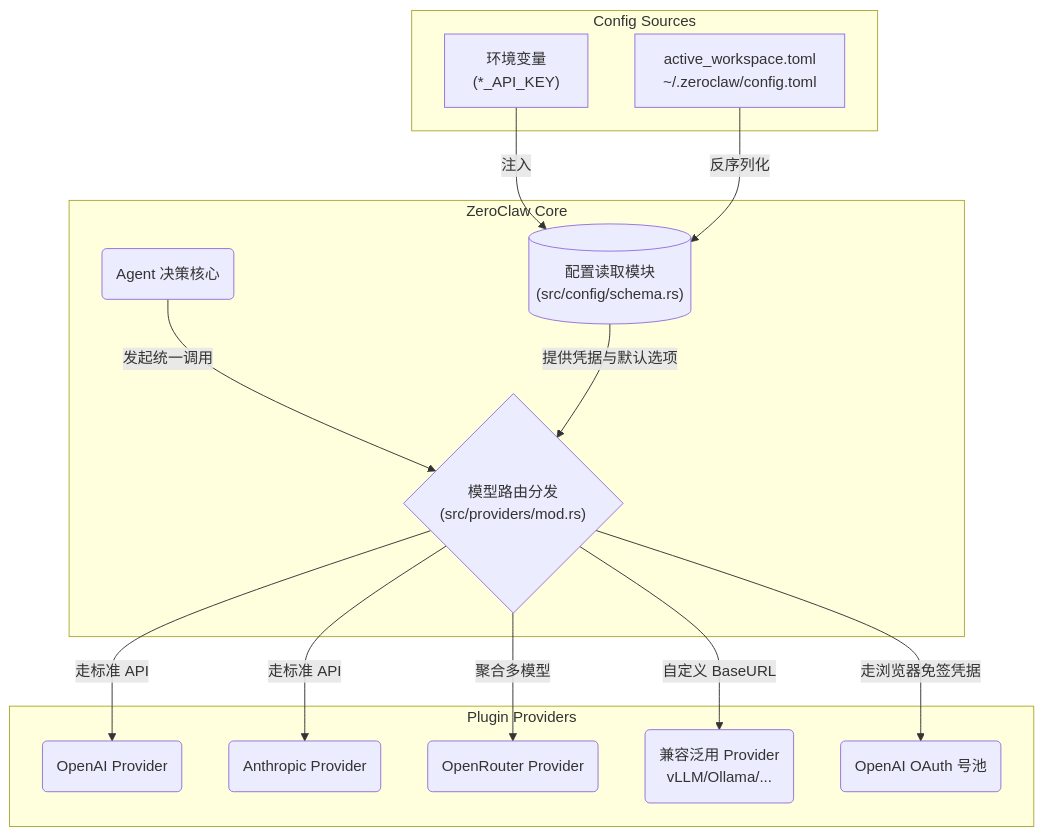
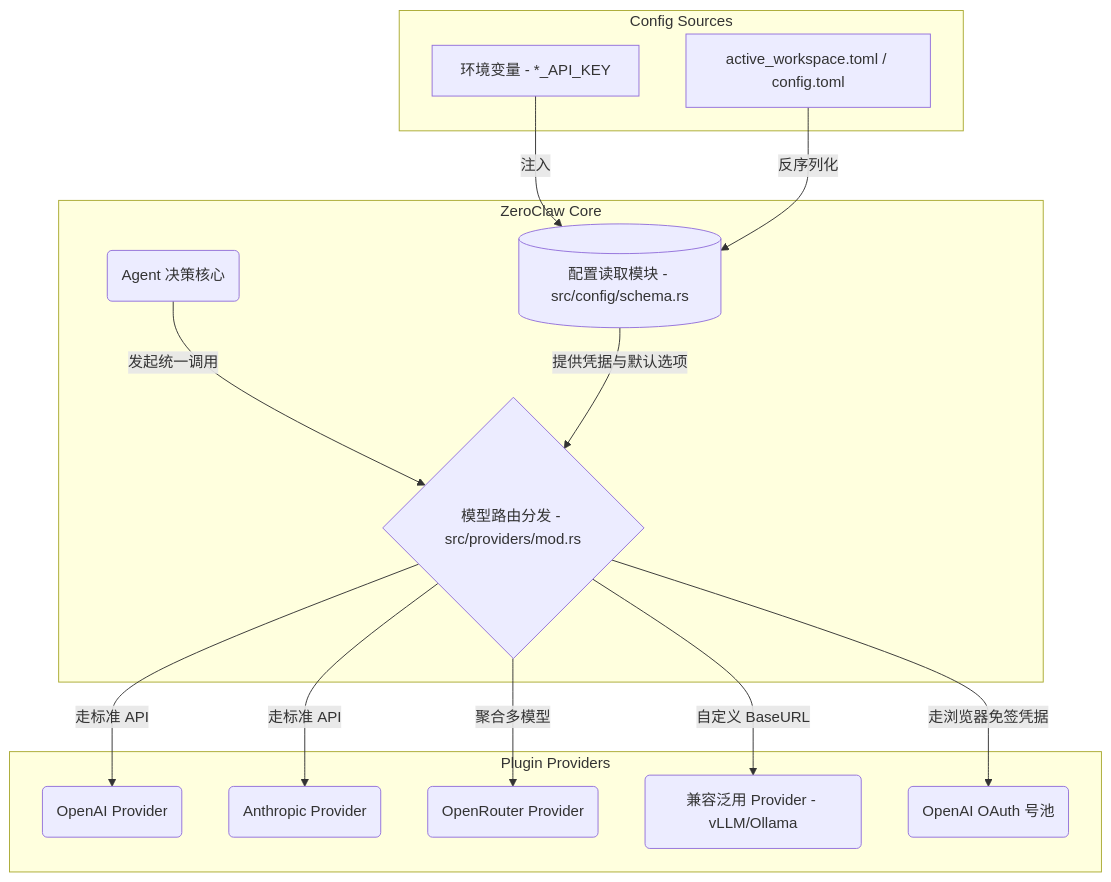
The first of 2 diagrams in src/04_llm_providers.md (fannnzhang/zeroclaw-source-book), drawn with Mermaid before and after one commit. The commit also changed other lines of this file and 5 other files, not shown here.

Commit message:
fix: correct Mermaid diagram syntax and chapter numbering in all docs

````diff
--- a/src/04_llm_providers.md
+++ b/src/04_llm_providers.md
@@ -38,33 +38,33 @@
 ```mermaid
 graph TD
-    subgraph core[ZeroClaw Core]
-        ConfigHandler[("配置读取模块<br/>(src/config/schema.rs)")]
-        ProviderRouter{"模型路由分发<br/>(src/providers/mod.rs)"}
+    subgraph core["ZeroClaw Core"]
+        ConfigHandler[("配置读取模块 - src/config/schema.rs")]
+        ProviderRouter{"模型路由分发 - src/providers/mod.rs"}
         AgentEngine("Agent 决策核心")
     end
 
-    subgraph sources[Config Sources]
-        EnvVars["环境变量<br/>(*_API_KEY)"]
-        TomlConfig["active_workspace.toml<br/>~/.zeroclaw/config.toml"]
+    subgraph sources["Config Sources"]
+        EnvVars["环境变量 - *_API_KEY"]
+        TomlConfig["active_workspace.toml / config.toml"]
     end
 
-    subgraph providers[Plugin Providers]
+    subgraph providers_group["Plugin Providers"]
         OpenAI("OpenAI Provider")
         Anthropic("Anthropic Provider")
         OpenRouter("OpenRouter Provider")
-        Compatible("兼容泛用 Provider<br/>vLLM/Ollama/...")
+        Compatible("兼容泛用 Provider - vLLM/Ollama")
         OAuthPool("OpenAI OAuth 号池")
     end
 
     EnvVars -->|注入| ConfigHandler
     TomlConfig -->|反序列化| ConfigHandler
 
     AgentEngine -->|发起统一调用| ProviderRouter
     ConfigHandler -->|提供凭据与默认选项| ProviderRouter
     
     ProviderRouter -->|走标准 API| OpenAI
     ProviderRouter -->|走标准 API| Anthropic
     ProviderRouter -->|聚合多模型| OpenRouter
     ProviderRouter -->|自定义 BaseURL| Compatible
     ProviderRouter -->|走浏览器免签凭据| OAuthPool
 ```
````
